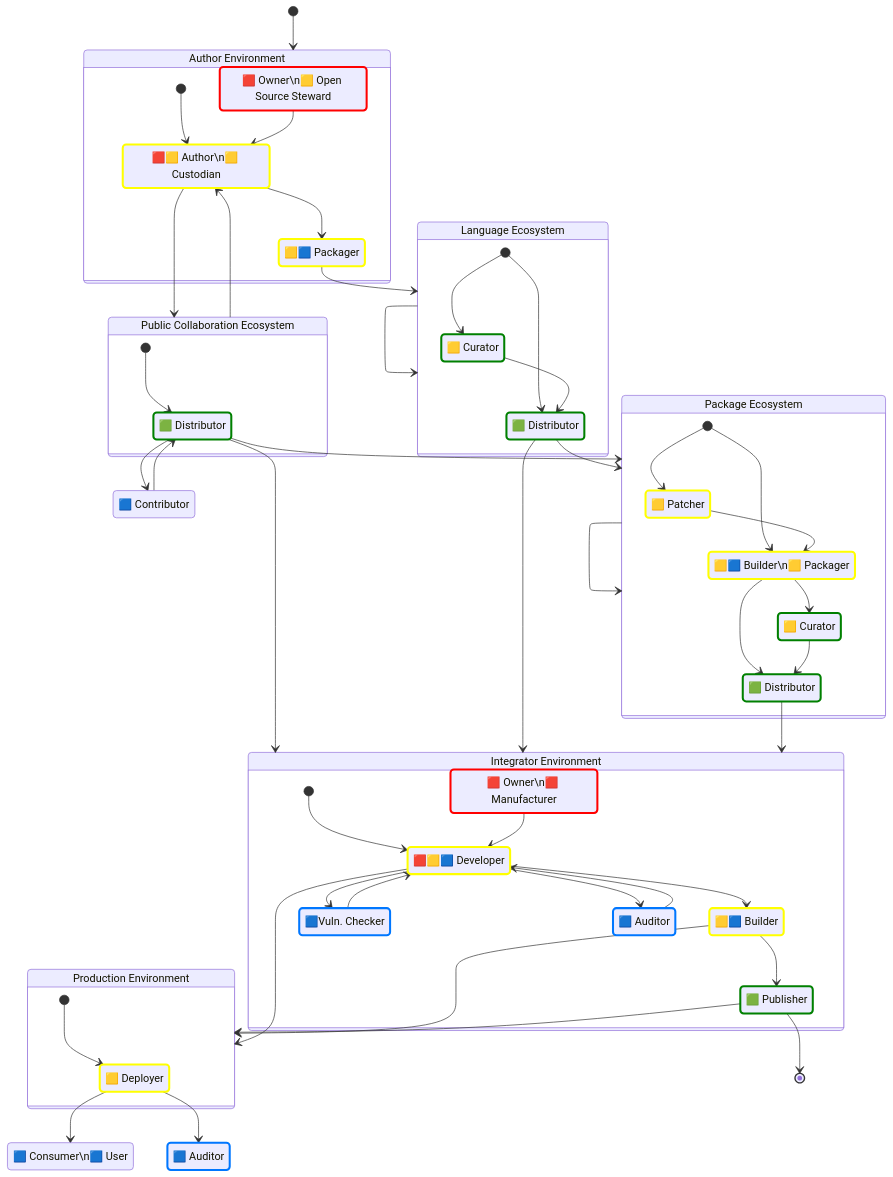
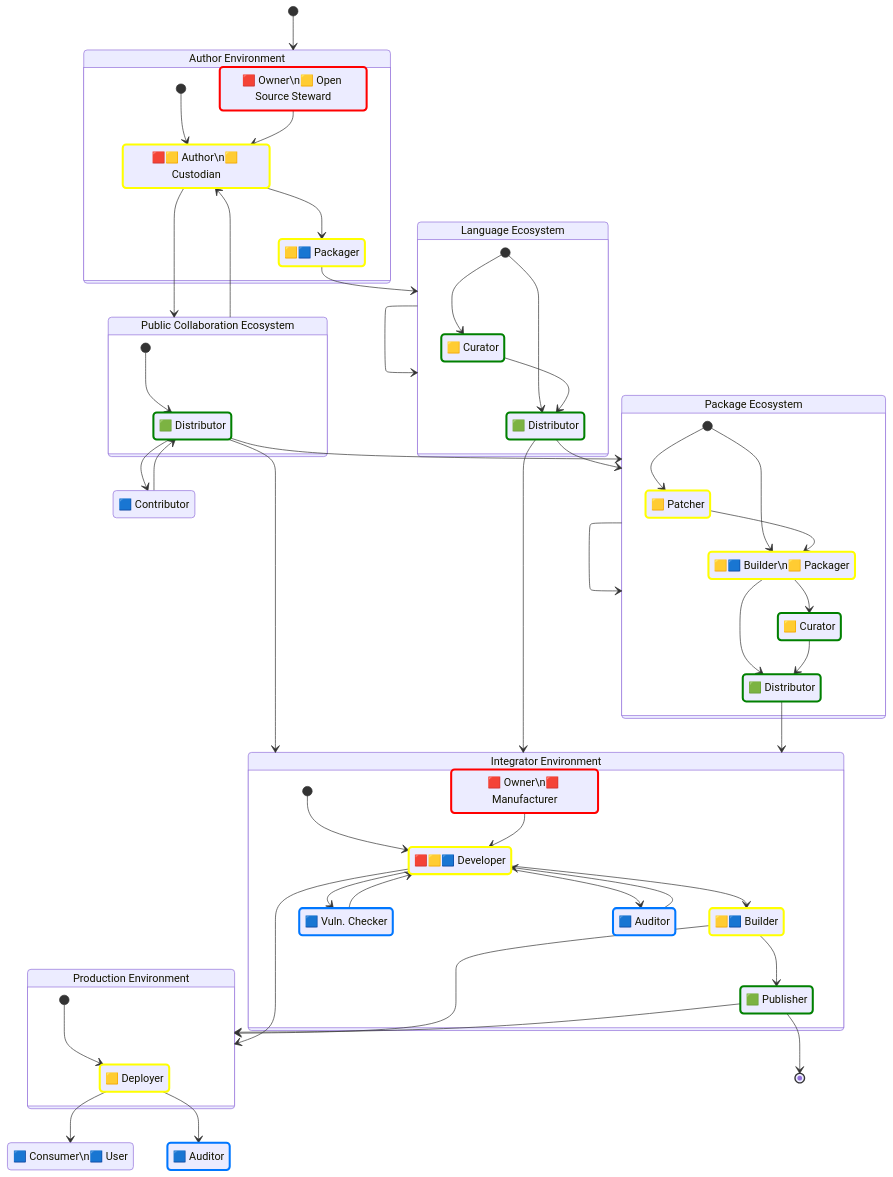
The diagram in docs/supplychain-sbom.md (CPAN-Security/security.metacpan.org), drawn with Mermaid before and after one commit. The commit also changed other lines of this file and 5 other files, not shown here.

Commit message:
Add Mermaid support to pages

```diff
--- a/docs/supplychain-sbom.md
+++ b/docs/supplychain-sbom.md
@@ -54,7 +55,7 @@
     state "🟩 Publisher" as integrator_publisher
     state "🟨🟦 Builder" as integrator_builder
     state "🟨 Deployer" as deployer
-    state "🟦Vuln. Checker" as integrator_checker
+    state "🟦 Vuln. Checker" as integrator_checker
     state "🟦 Consumer\n🟦 User" as consumer
     state "🟦 Auditor" as auditor_internal
     state "🟦 Auditor" as auditor_external
```
